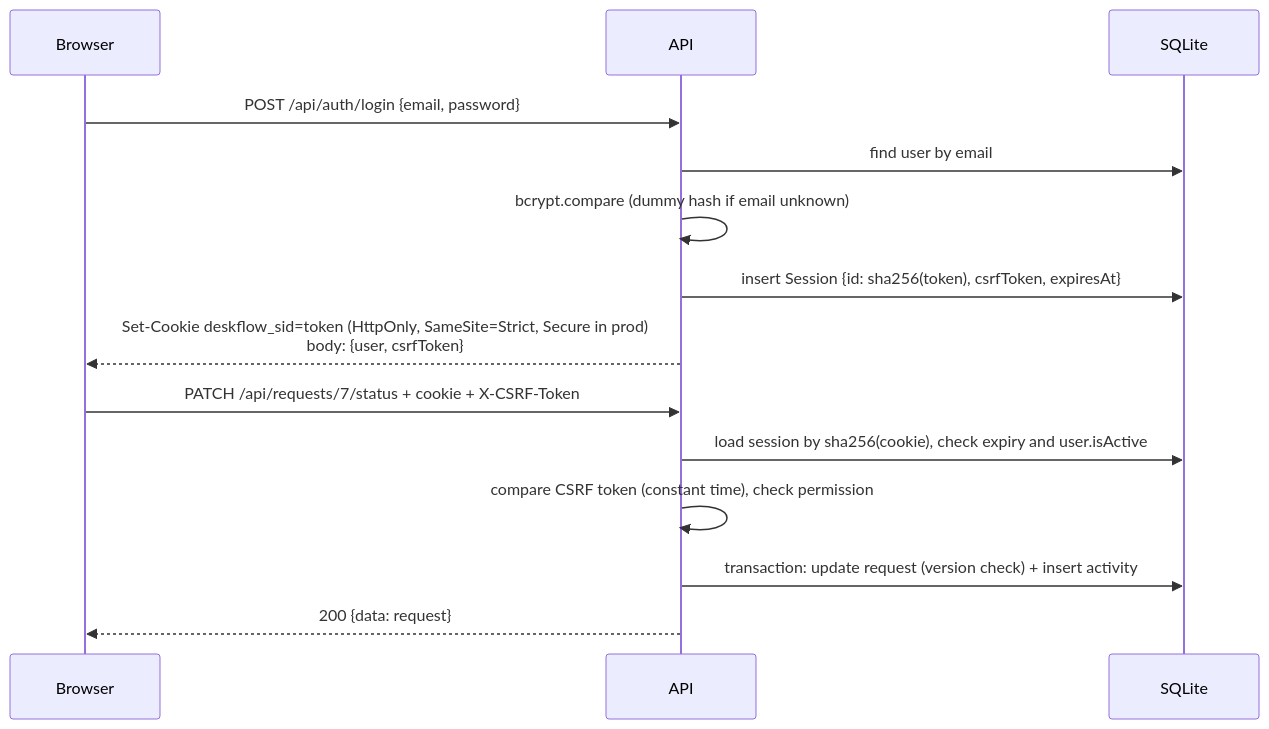
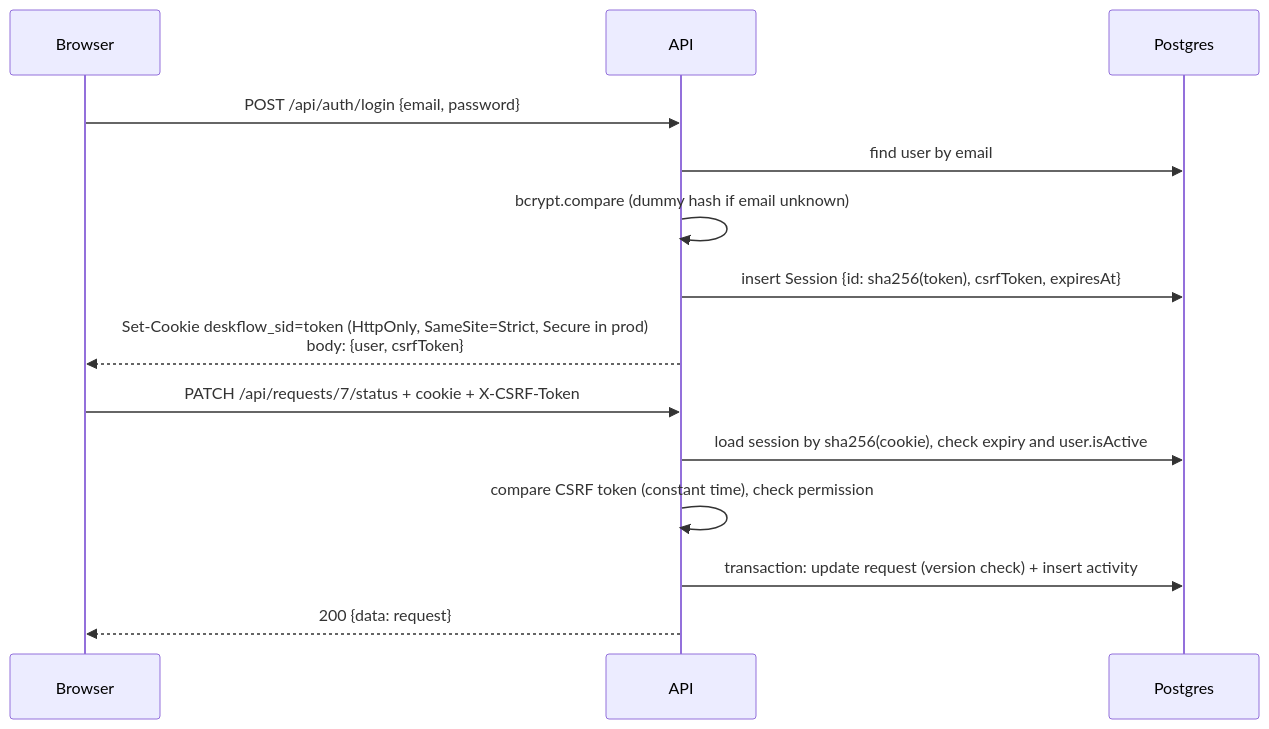
The second of 2 diagrams in docs/architecture.md (DeanHasani/Service-Requests-Organizer), drawn with Mermaid before and after one commit. The commit also changed other lines of this file and 36 other files, not shown here.

````diff
--- a/docs/architecture.md
+++ b/docs/architecture.md
@@ -80,16 +80,16 @@
 ```mermaid
 sequenceDiagram
   participant B as Browser
   participant A as API
-  participant D as SQLite
+  participant D as Postgres
   B->>A: POST /api/auth/login {email, password}
   A->>D: find user by email
   A->>A: bcrypt.compare (dummy hash if email unknown)
   A->>D: insert Session {id: sha256(token), csrfToken, expiresAt}
   A-->>B: Set-Cookie deskflow_sid=token (HttpOnly, SameSite=Strict, Secure in prod)<br/>body: {user, csrfToken}
   B->>A: PATCH /api/requests/7/status + cookie + X-CSRF-Token
   A->>D: load session by sha256(cookie), check expiry and user.isActive
   A->>A: compare CSRF token (constant time), check permission
   A->>D: transaction: update request (version check) + insert activity
   A-->>B: 200 {data: request}
 ```
````
